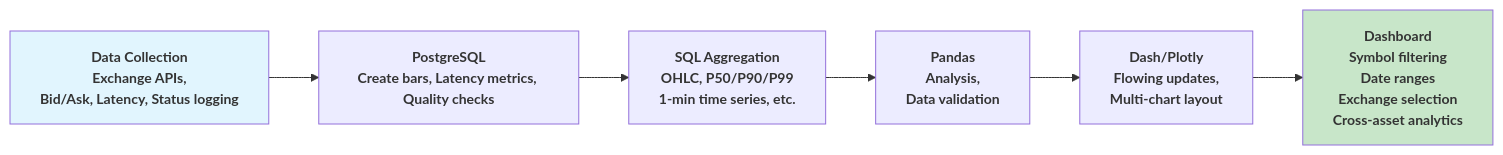
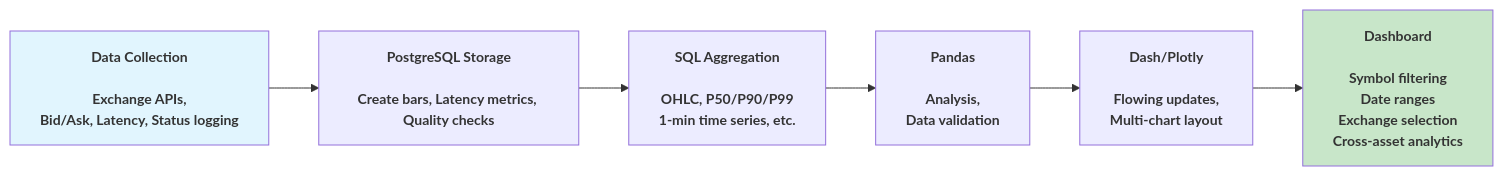
Before and after one commit to Chicago-tr/ExchangeAggregator: the diagram in README.md, drawn with Mermaid.

Commit message:
Update README.md
Looks better

````diff
--- a/README.md
+++ b/README.md
@@ -19,17 +19,17 @@
 ```mermaid
 graph LR
     
-    A[Data Collection<br/>Exchange APIs,<br/>Bid/Ask, Latency, Status logging] --> B[PostgreSQL<br/>Create bars, Latency metrics, Quality checks<br/>]
+    A[Data Collection<br/><br/>Exchange APIs,<br/>Bid/Ask, Latency, Status logging] --> B[PostgreSQL Storage<br/><br/>Create bars, Latency metrics, Quality checks<br/>]
     
-    B --> C[SQL Aggregation<br/>OHLC, P50/P90/P99<br/>1-min time series, etc.]
+    B --> C[SQL Aggregation<br/><br/>OHLC, P50/P90/P99<br/>1-min time series, etc.]
     
-    C --> D[Pandas<br/>Analysis,<br/>Data validation]
-    D --> E[Dash/Plotly<br/>Flowing updates,<br/>Multi-chart layout<br/>]
-    E --> F[Dashboard<br/>Symbol filtering<br/>Date ranges<br/>Exchange selection<br/>Cross-asset analytics]
+    C --> D[Pandas<br/><br/>Analysis,<br/>Data validation]
+    D --> E[Dash/Plotly<br/><br/>Flowing updates,<br/>Multi-chart layout<br/>]
+    E --> F[Dashboard<br/><br/>Symbol filtering<br/>Date ranges<br/>Exchange selection<br/>Cross-asset analytics]
     
     
     style A fill:#e1f5fe
     style F fill:#c8e6c9
     classDef title font-size:14px,font-weight:bold,color:#333
     class A,B,C,D,E,F title
 ```
````
